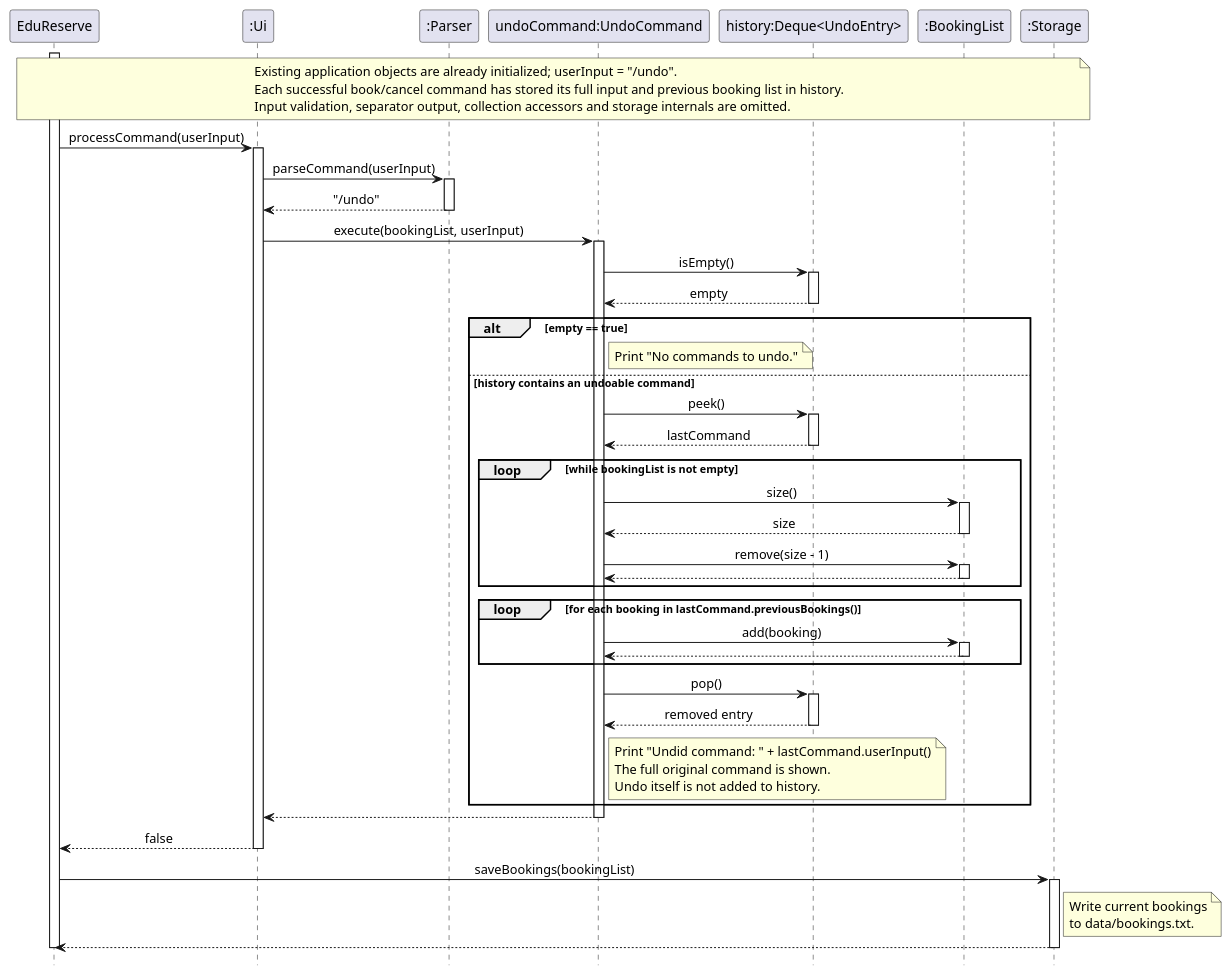
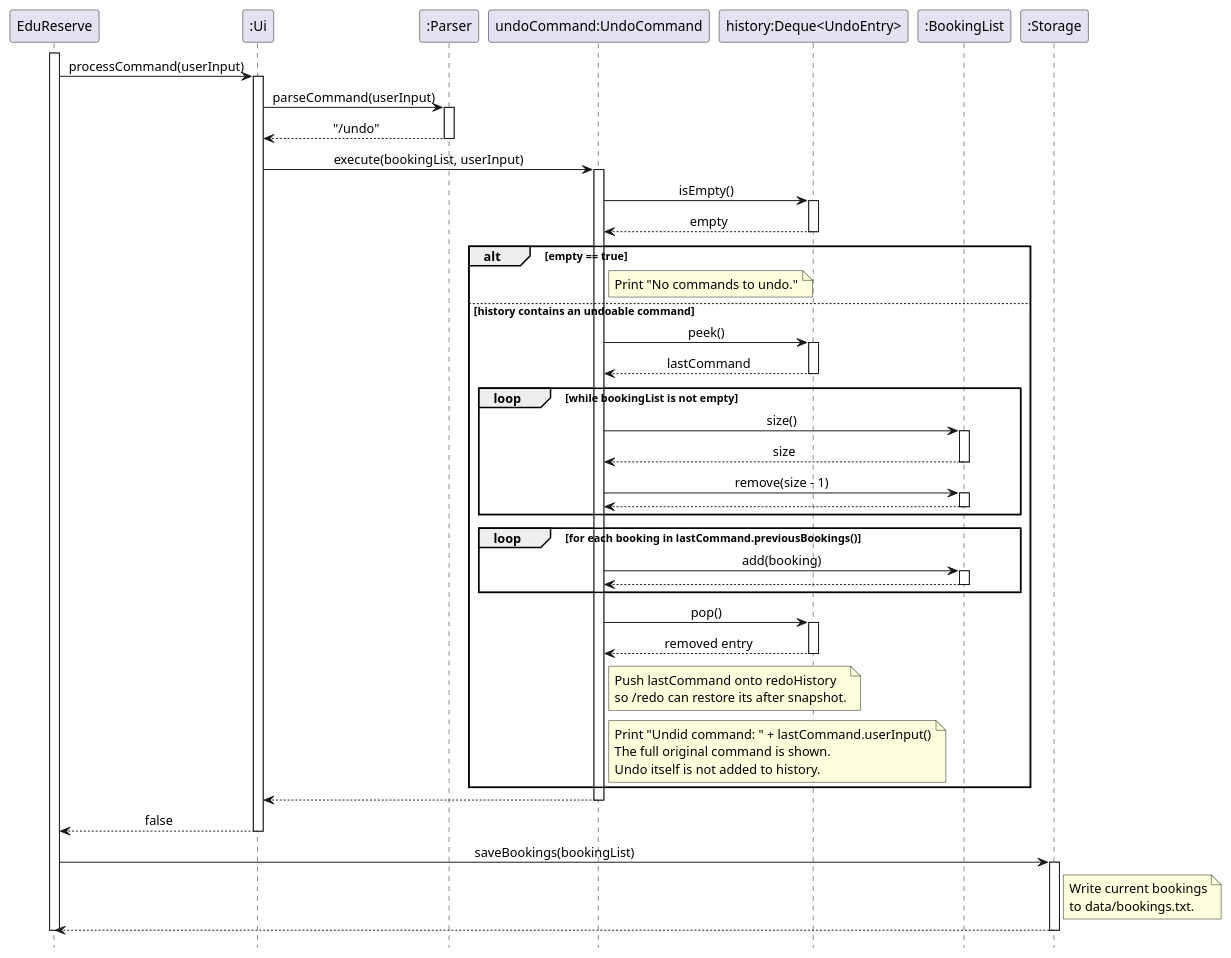
One commit to AY2627S1-CS2113-W14-2/tp changed the diagram in docs/UMLDiagrams/UndoCommandSequenceDiagram.puml. Above: the diagram before and after it, drawn with PlantUML. The commit also changed 12 other files, not shown here.

Commit message:
Added redo command and sequence diagram

```diff
--- a/docs/UMLDiagrams/UndoCommandSequenceDiagram.puml
+++ b/docs/UMLDiagrams/UndoCommandSequenceDiagram.puml
@@ -1,84 +1,80 @@
 @startuml
 ' @author Maxkedd
 skinparam sequenceMessageAlign center
 hide footbox
 
 participant "EduReserve" as App
 participant ":Ui" as UI
 participant ":Parser" as Parser
 participant "undoCommand:UndoCommand" as Undo
 participant "history:Deque<UndoEntry>" as History
 participant ":BookingList" as Bookings
 participant ":Storage" as Storage
-
-note over App, Storage
-    Existing application objects are already initialized; userInput = "/undo".
-    Each successful book/cancel command has stored its full input and previous booking list in history.
-    Input validation, separator output, collection accessors and storage internals are omitted.
-end note
 
 activate App
 App -> UI: processCommand(userInput)
 activate UI
 UI -> Parser: parseCommand(userInput)
 activate Parser
 Parser --> UI: "/undo"
 deactivate Parser
 
 UI -> Undo: execute(bookingList, userInput)
 activate Undo
 Undo -> History: isEmpty()
 activate History
 History --> Undo: empty
 deactivate History
 
 alt empty == true
     note right of Undo: Print "No commands to undo."
 else history contains an undoable command
     Undo -> History: peek()
     activate History
     History --> Undo: lastCommand
     deactivate History
 
     loop while bookingList is not empty
         Undo -> Bookings: size()
         activate Bookings
         Bookings --> Undo: size
         deactivate Bookings
         Undo -> Bookings: remove(size - 1)
         activate Bookings
         Bookings --> Undo
         deactivate Bookings
     end
 
     loop for each booking in lastCommand.previousBookings()
         Undo -> Bookings: add(booking)
         activate Bookings
         Bookings --> Undo
         deactivate Bookings
     end
 
     Undo -> History: pop()
     activate History
     History --> Undo: removed entry
     deactivate History
 
+    note right of Undo: Push lastCommand onto redoHistory\nso /redo can restore its after snapshot.
+
     note right of Undo
         Print "Undid command: " + lastCommand.userInput()
         The full original command is shown.
         Undo itself is not added to history.
     end note
 end
 
 Undo --> UI
 deactivate Undo
 UI --> App: false
 deactivate UI
 
 App -> Storage: saveBookings(bookingList)
 activate Storage
 note right of Storage: Write current bookings\nto data/bookings.txt.
 Storage --> App
 deactivate Storage
 deactivate App
 @enduml
```
